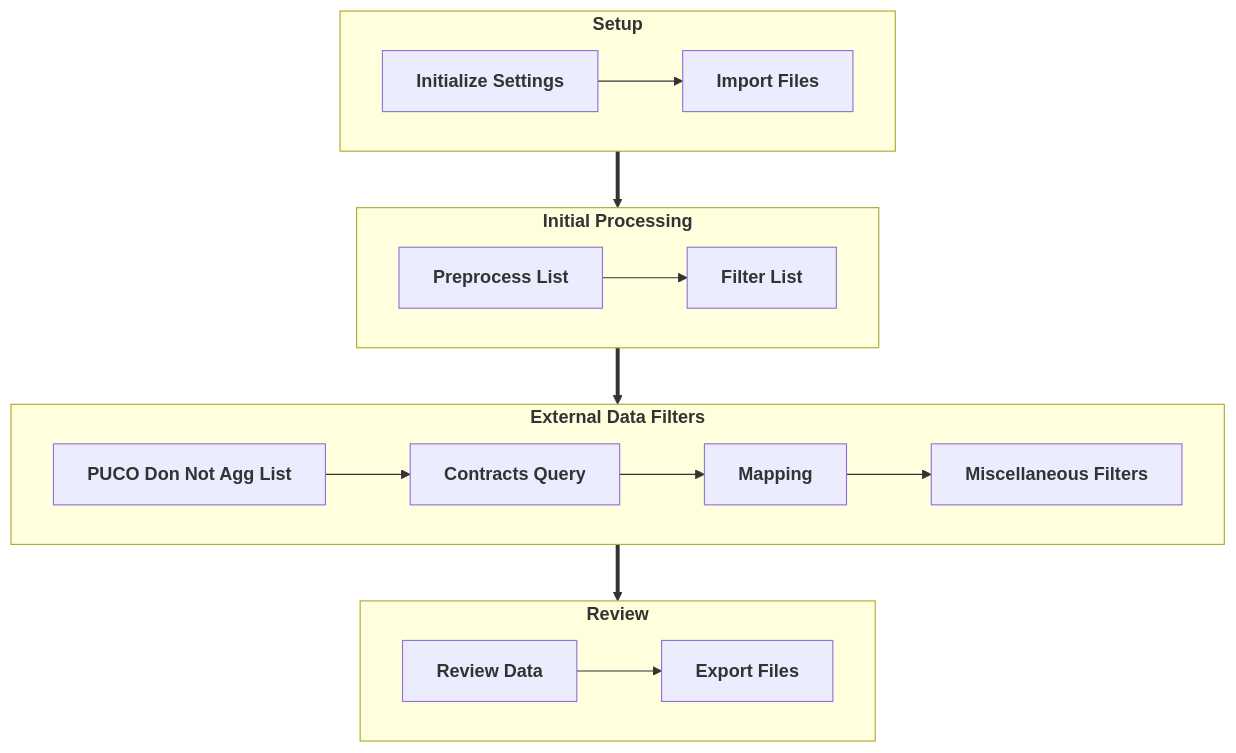
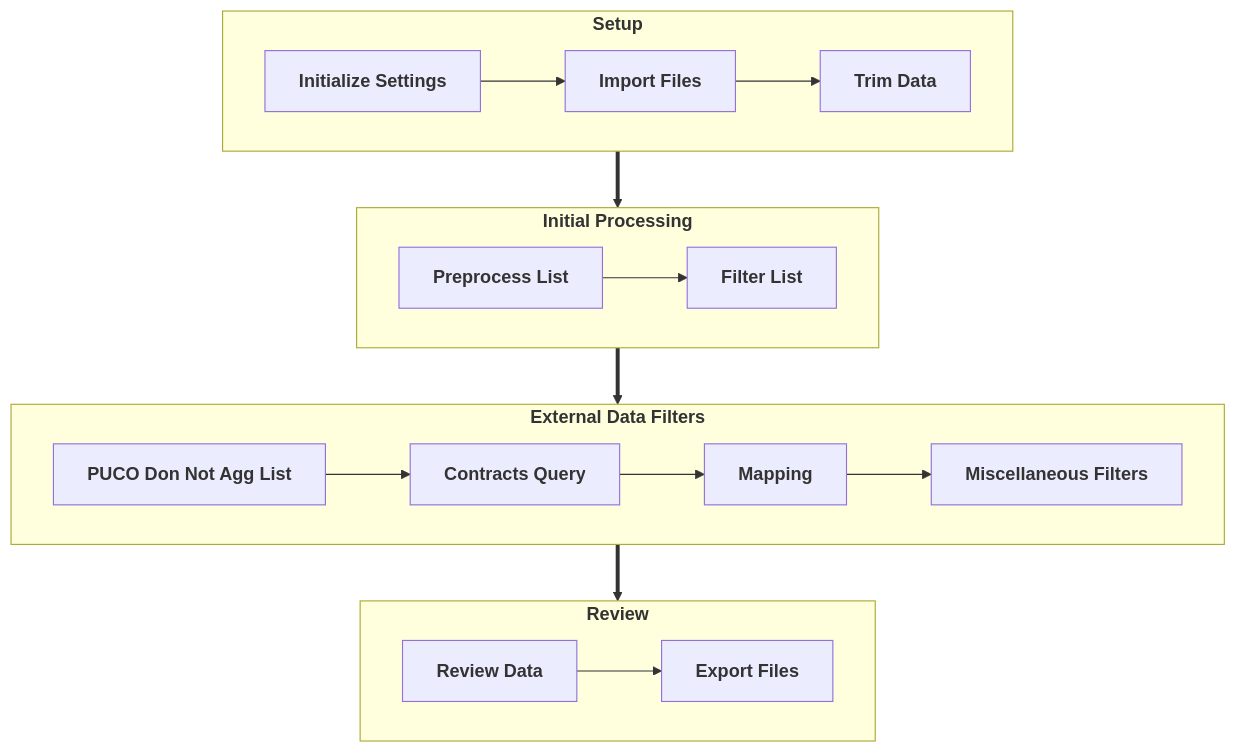
The first of 5 diagrams in DIAGRAMS.md (vistra-muniagg/List-Management-Tool), drawn with Mermaid before and after one commit. The commit also changed other lines of this file, not shown here.

First line of the commit message:
Add Filter Data section with mermaid diagram

````diff
--- a/DIAGRAMS.md
+++ b/DIAGRAMS.md
@@ -10,53 +10,53 @@
 ```mermaid
 
 %%{init: {
   "theme": "base",
   "themeVariables": {
     "fontSize": "12px",
     "fontFamily": "Segoe UI",
     "primaryColor": "#eef6ff",          %% node fill
     "primaryBorderColor": "#1e40af",    %% node border
     "primaryTextColor": "#0f172a",      %% node text
     "lineColor": "#1e40af"
   }
 }}%%
 
 flowchart TB
 
 classDef classNode fill:#eef6ff,stroke:#1e40af,stroke-width:2px,font-size:12px
 
 %% Nodes
 Initialize["<b>Initialize</b><br>-define_macro_settings<br>-define_EDC<br>-define_mail_type<br>"]
 Import_Files["<b>Import_Files</b><br>-import_gagg_list<br>-import_active_list<br>-import_supplier_list<br>-trim_data"]
 Preprocess_List["<b>Preprocess_List</b><br>-create_filter_tab<br>-create_mapping_file<br>-populate_filter_tab"]
 Filter_List["<b>Filter_List</b><br>-remove_duplicates<br>-pipp<br>-state_rules<br>-usage<br>-shopping<br>-arrears<br>-national_chains"]
 PUCO_Do_Not_Agg["<b>PUCO_Do_Not_Agg</b><br>-account_number_match<br>-service_address_match<br>-manual_name_comparison"]
 Contracts_Query["<b>Contracts_Query</b><br>-import_snowflake_file<br>-dedupe_query_results<br>-active_accounts<br>-previous_opt_outs"]
 Mapping["<b>Mapping</b>"]
 Misc_Filters["<b>Miscellaneous Filters</b><br>-DUKE sibling accounts<br>-LP Premise Mismatch"]
 Review_Data["<b>Review Data</b>"]
 Export_Files["<b>Export Files</b>"]
 
 subgraph Setup["<b>Setup</b>"]
 direction LR
-    Initialize["<b>Initialize Settings</b>"] --> Import_Files["<b>Import Files</b>"]
+    Initialize["<b>Initialize Settings</b>"] --> Import_Files["<b>Import Files</b>"] --> Trim_Data["<b>Trim Data</b>"]
 end
 
 subgraph Initial_Processing["<b>Initial Processing</b>"]
 direction LR
     Preprocess_List["<b>Preprocess List</b>"] --> Filter_List["<b>Filter List</b>"]
 end
 
 subgraph External_Data_Filters["<b>External Data Filters</b>"]
 direction LR
     PUCO_Do_Not_Agg["<b>PUCO Don Not Agg List</b>"] --> Contracts_Query["<b>Contracts Query</b>"] --> Mapping --> Misc_Filters["<b>Miscellaneous Filters</b>"]
 end
 
 subgraph Review["<b>Review</b>"]
 direction LR
     Review_Data["<b>Review Data</b>"] --> Export_Files["<b>Export Files</b>"]
 end
 
 Setup ==> Initial_Processing["<b>Initial Processing</b>"] ==> External_Data_Filters["<b>External Data Filters</b>"] ==> Review
 
 ```
````
